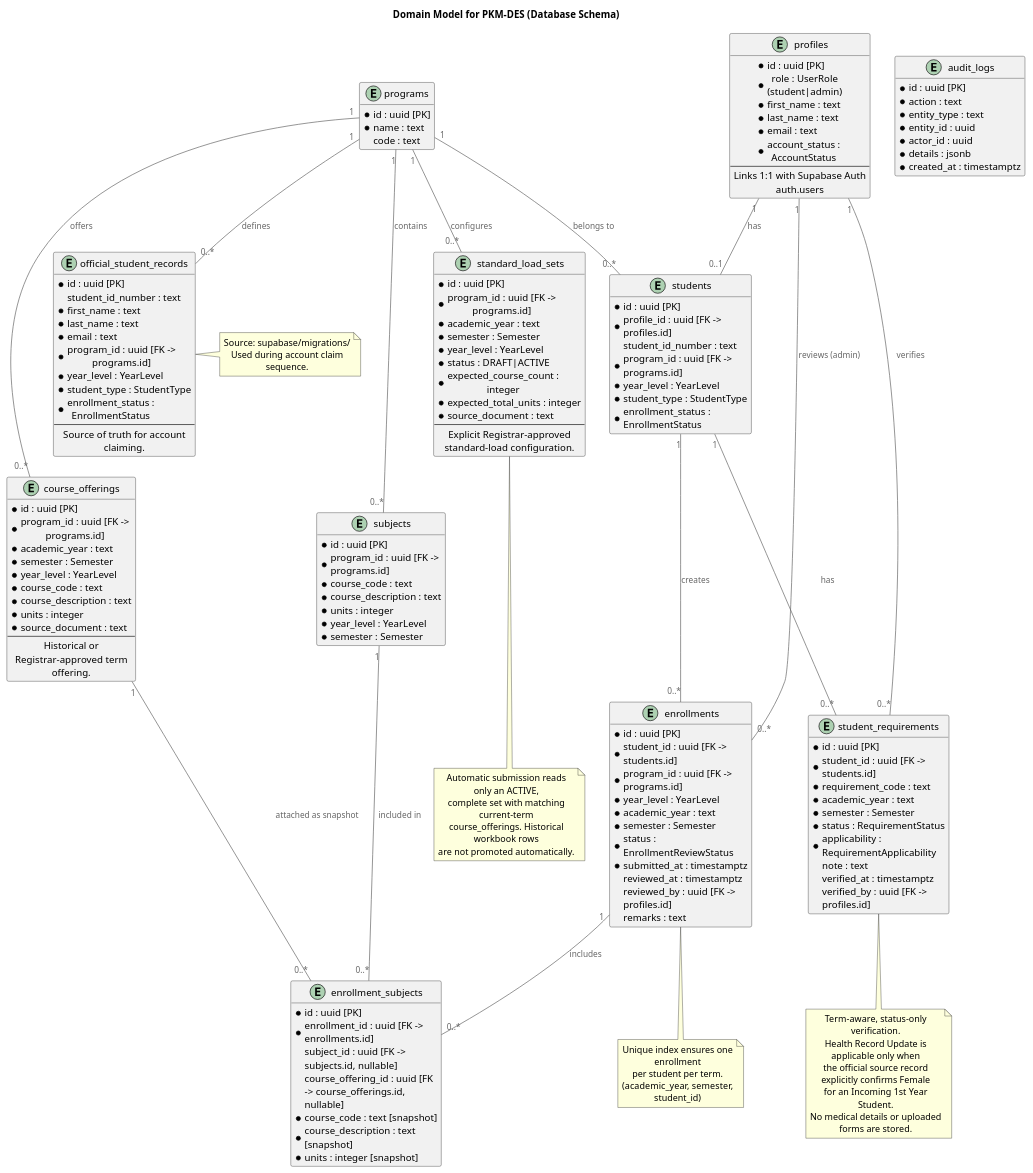
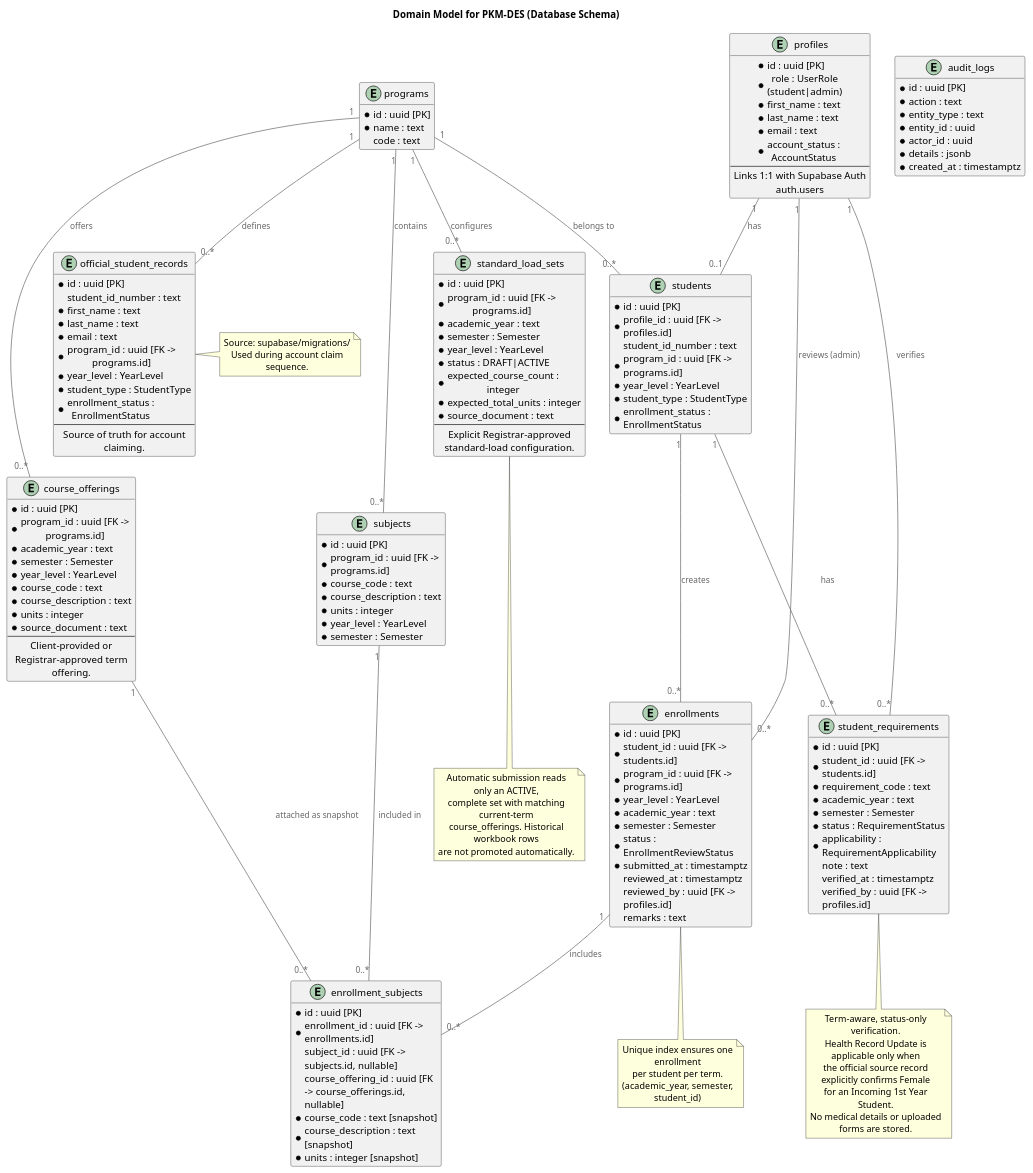
The diagram in docs/diagrams/pkm-des-domain-model.puml (lucifron28/PKM-DES), drawn with PlantUML before and after one commit. The commit also changed 12 other files, not shown here.

```diff
--- a/docs/diagrams/pkm-des-domain-model.puml
+++ b/docs/diagrams/pkm-des-domain-model.puml
@@ -1,173 +1,173 @@
 @startuml pkm-des-domain-model
 !include https://raw.githubusercontent.com/plantuml-stdlib/C4-PlantUML/master/C4_Component.puml
 hide empty members
 
 title Domain Model for PKM-DES (Database Schema)
 
 entity "profiles" as profiles {
   * id : uuid [PK]
   * role : UserRole (student|admin)
   * first_name : text
   * last_name : text
   * email : text
   * account_status : AccountStatus
   --
   Links 1:1 with Supabase Auth auth.users
 }
 
 entity "programs" as programs {
   * id : uuid [PK]
   * name : text
   code : text
 }
 
 entity "students" as students {
   * id : uuid [PK]
   * profile_id : uuid [FK -> profiles.id]
   student_id_number : text
   * program_id : uuid [FK -> programs.id]
   * year_level : YearLevel
   * student_type : StudentType
   * enrollment_status : EnrollmentStatus
 }
 
 entity "subjects" as subjects {
   * id : uuid [PK]
   * program_id : uuid [FK -> programs.id]
   * course_code : text
   * course_description : text
   * units : integer
   * year_level : YearLevel
   * semester : Semester
 }
 
 entity "course_offerings" as course_offerings {
   * id : uuid [PK]
   * program_id : uuid [FK -> programs.id]
   * academic_year : text
   * semester : Semester
   * year_level : YearLevel
   * course_code : text
   * course_description : text
   * units : integer
   * source_document : text
   --
-  Historical or Registrar-approved term offering.
+  Client-provided or Registrar-approved term offering.
 }
 
 entity "standard_load_sets" as standard_load_sets {
   * id : uuid [PK]
   * program_id : uuid [FK -> programs.id]
   * academic_year : text
   * semester : Semester
   * year_level : YearLevel
   * status : DRAFT|ACTIVE
   * expected_course_count : integer
   * expected_total_units : integer
   * source_document : text
   --
   Explicit Registrar-approved standard-load configuration.
 }
 
 entity "enrollments" as enrollments {
   * id : uuid [PK]
   * student_id : uuid [FK -> students.id]
   * program_id : uuid [FK -> programs.id]
   * year_level : YearLevel
   * academic_year : text
   * semester : Semester
   * status : EnrollmentReviewStatus
   * submitted_at : timestamptz
   reviewed_at : timestamptz
   reviewed_by : uuid [FK -> profiles.id]
   remarks : text
 }
 
 entity "enrollment_subjects" as enrollment_subjects {
   * id : uuid [PK]
   * enrollment_id : uuid [FK -> enrollments.id]
   subject_id : uuid [FK -> subjects.id, nullable]
   course_offering_id : uuid [FK -> course_offerings.id, nullable]
   * course_code : text [snapshot]
   * course_description : text [snapshot]
   * units : integer [snapshot]
 }
 
 entity "official_student_records" as official_student_records {
   * id : uuid [PK]
   student_id_number : text
   * first_name : text
   * last_name : text
   * email : text
   * program_id : uuid [FK -> programs.id]
   * year_level : YearLevel
   * student_type : StudentType
   * enrollment_status : EnrollmentStatus
   --
   Source of truth for account claiming.
 }
 
 entity "student_requirements" as student_requirements {
   * id : uuid [PK]
   * student_id : uuid [FK -> students.id]
   * requirement_code : text
   * academic_year : text
   * semester : Semester
   * status : RequirementStatus
   * applicability : RequirementApplicability
   note : text
   verified_at : timestamptz
   verified_by : uuid [FK -> profiles.id]
 }
 
 entity "audit_logs" as audit_logs {
   * id : uuid [PK]
   * action : text
   * entity_type : text
   * entity_id : uuid
   * actor_id : uuid
   * details : jsonb
   * created_at : timestamptz
 }
 
 profiles "1" -- "0..1" students : has
 programs "1" -- "0..*" students : belongs to
 programs "1" -- "0..*" subjects : contains
 programs "1" -- "0..*" course_offerings : offers
 programs "1" -- "0..*" standard_load_sets : configures
 students "1" -- "0..*" enrollments : creates
 students "1" -- "0..*" student_requirements : has
 profiles "1" -- "0..*" student_requirements : verifies
 enrollments "1" -- "0..*" enrollment_subjects : includes
 subjects "1" -- "0..*" enrollment_subjects : included in
 course_offerings "1" -- "0..*" enrollment_subjects : attached as snapshot
 programs "1" -- "0..*" official_student_records : defines
 profiles "1" -- "0..*" enrollments : reviews (admin)
 
 note bottom of enrollments
   Unique index ensures one enrollment
   per student per term.
   (academic_year, semester, student_id)
 end note
 
 note bottom of standard_load_sets
   Automatic submission reads only an ACTIVE,
   complete set with matching current-term
   course_offerings. Historical workbook rows
   are not promoted automatically.
 end note
 
 note right of official_student_records
   Source: supabase/migrations/
   Used during account claim sequence.
 end note
 
 note bottom of student_requirements
   Term-aware, status-only verification.
   Health Record Update is applicable only when
   the official source record explicitly confirms Female
   for an Incoming 1st Year Student.
   No medical details or uploaded forms are stored.
 end note
 
 @enduml
```
